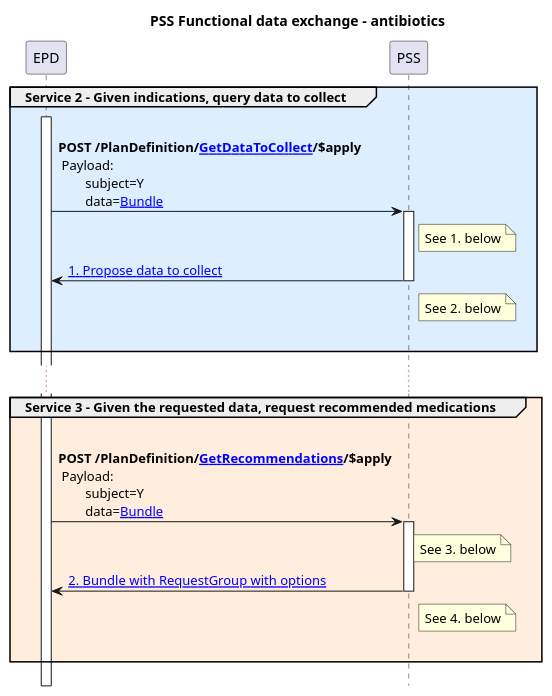
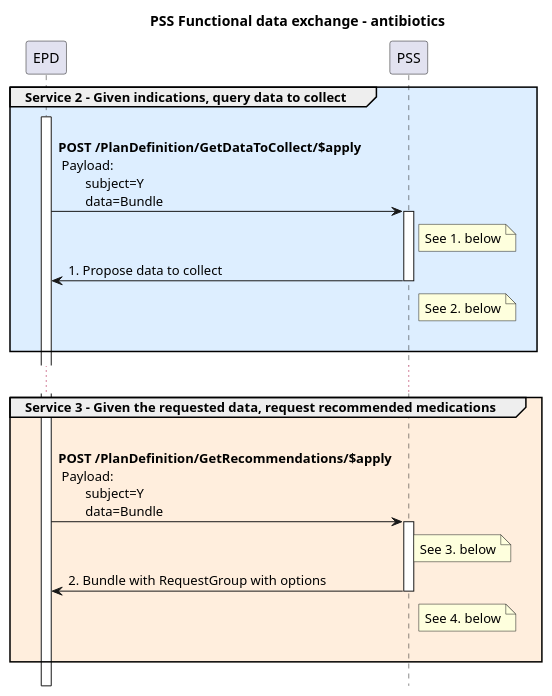
The diagram in input/images-source/pss-flow-antibiotics.plantuml (hl7-be/pss), drawn with PlantUML before and after one commit. The commit also changed 21 other files, not shown here.

```diff
--- a/input/images-source/pss-flow-antibiotics.plantuml
+++ b/input/images-source/pss-flow-antibiotics.plantuml
@@ -1,37 +1,37 @@
 @startuml
 !pragma teoz true
 Title PSS Functional data exchange - antibiotics
 hide footbox
 
 
 group #def Service 2 - Given indications, query data to collect
         Activate EPD
-        EPD -> PSS : \n**POST /PlanDefinition/[[PlanDefinition-GetDataToCollect.html GetDataToCollect]]/$apply**\n Payload:\n        subject=Y\n        data=[[Bundle-getdatatocollect-data.html Bundle]]
+        EPD -> PSS : \n**POST /PlanDefinition/GetDataToCollect/$apply**\n Payload:\n        subject=Y\n        data=Bundle
         Activate PSS
         note right of PSS
 See 1. below
         end note
 
-        PSS -> EPD: [[Bundle-getdatatocollect-return.html 1. Propose data to collect]]
+        PSS -> EPD: 1. Propose data to collect
         note right of PSS
 See 2. below
         end note
         deactivate PSS
         |||
 end
 ...
 group #fed Service 3 - Given the requested data, request recommended medications
-        EPD -> PSS : \n**POST /PlanDefinition/[[PlanDefinition-GetRecommendations.html GetRecommendations]]/$apply**\n Payload:\n        subject=Y\n        data=[[Bundle-getrecommendations-data.html Bundle]]
+        EPD -> PSS : \n**POST /PlanDefinition/GetRecommendations/$apply**\n Payload:\n        subject=Y\n        data=Bundle
         note right of PSS
 See 3. below
         end note
         activate PSS
-        PSS -> EPD: [[Bundle-getrecommendations-return.html 2. Bundle with RequestGroup with options]]
+        PSS -> EPD: 2. Bundle with RequestGroup with options
         note right of PSS
 See 4. below
         end note
         deactivate PSS
         |||
 
 end
 @enduml
```
